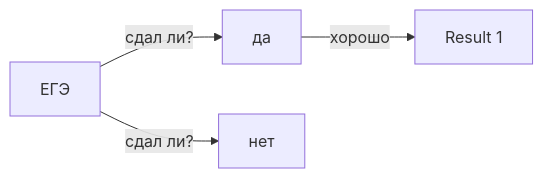
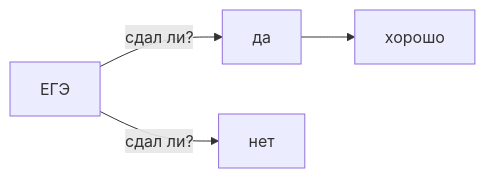
One commit to taya02/taya02.github.io changed the diagram in README.md. Above: the diagram before and after it, drawn with Mermaid.

````diff
--- a/README.md
+++ b/README.md
@@ -29,8 +29,8 @@
 ```mermaid
 flowchart LR
 
 A[ЕГЭ] -->|сдал ли?| B[да]
-B -->|хорошо| C[Result 1]
+B --> C[хорошо]
 A -->|cдал ли?| D[нет]
 C
 ```
````
